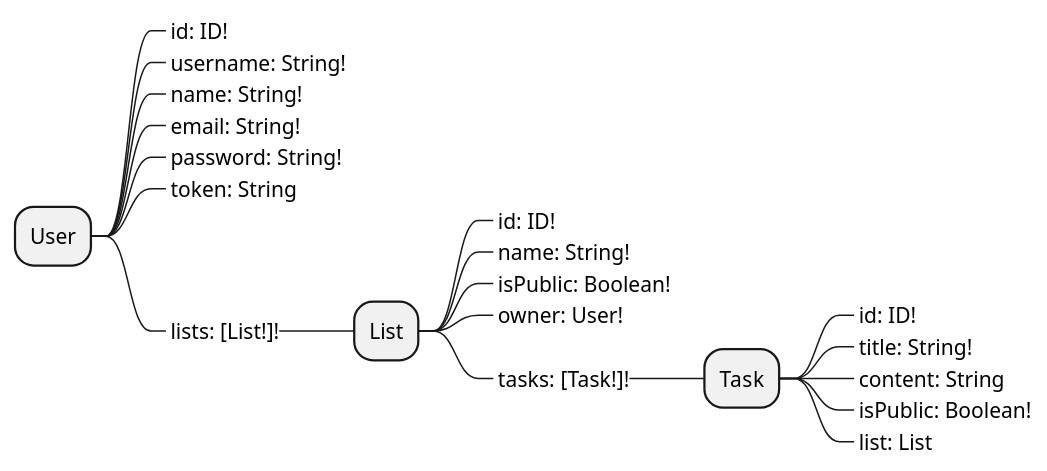
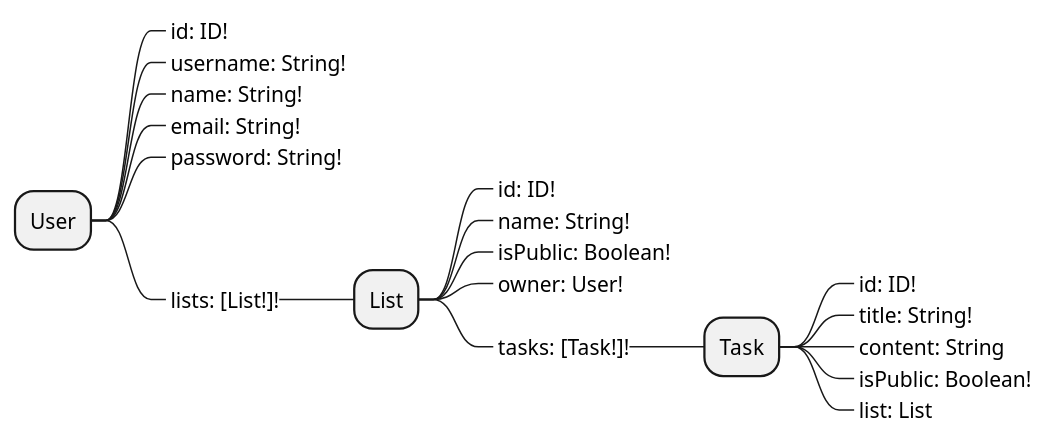
One commit to medinamarquezp/graphql-prismav2-demo changed the diagram in docs/diagrams/src/graph.puml. Above: the diagram before and after it, drawn with PlantUML. The commit also changed 1 other file, not shown here.

```diff
--- a/docs/diagrams/src/graph.puml
+++ b/docs/diagrams/src/graph.puml
@@ -1,22 +1,21 @@
 @startmindmap
 * User
 **_ id: ID!
 **_ username: String!
 **_ name: String!
 **_ email: String!
 **_ password: String!
-**_ token: String
 **_ lists: [List!]!
 *** List
 ****_ id: ID!
 ****_ name: String!
 ****_ isPublic: Boolean!
 ****_ owner: User!
 ****_ tasks: [Task!]!
 ***** Task
 ******_ id: ID!
 ******_ title: String!
 ******_ content: String
 ******_ isPublic: Boolean!
 ******_ list: List
 @endmindmap
```
